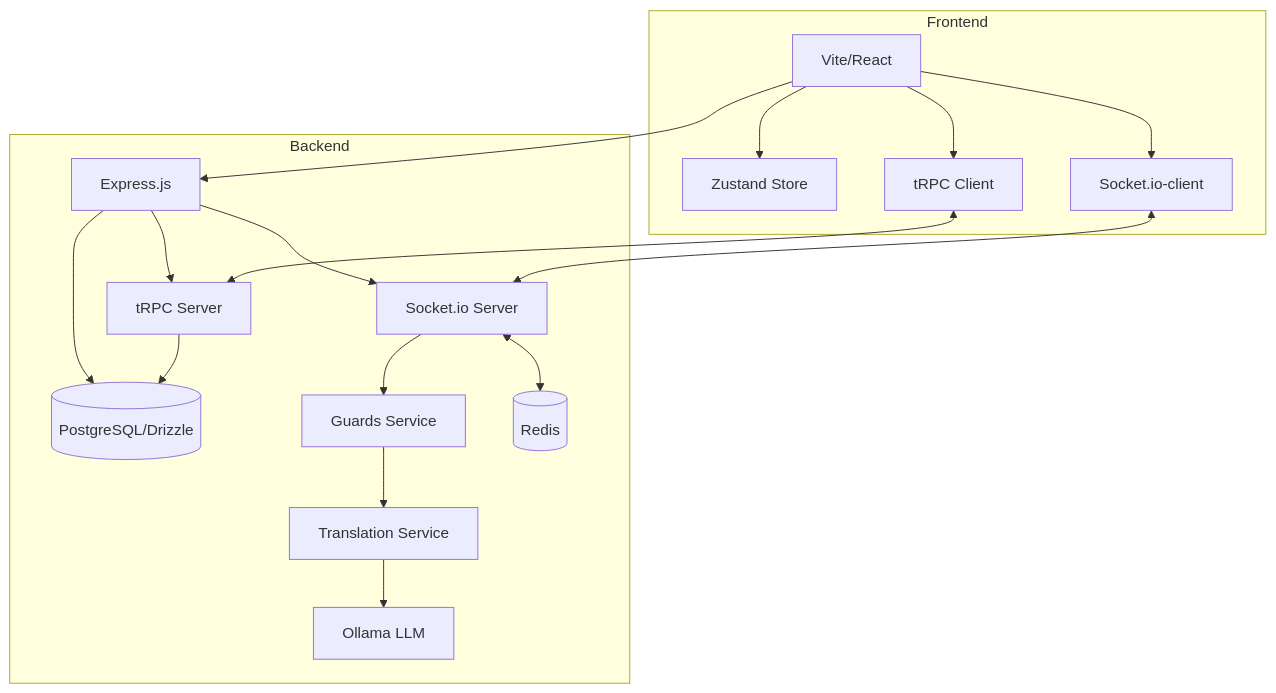
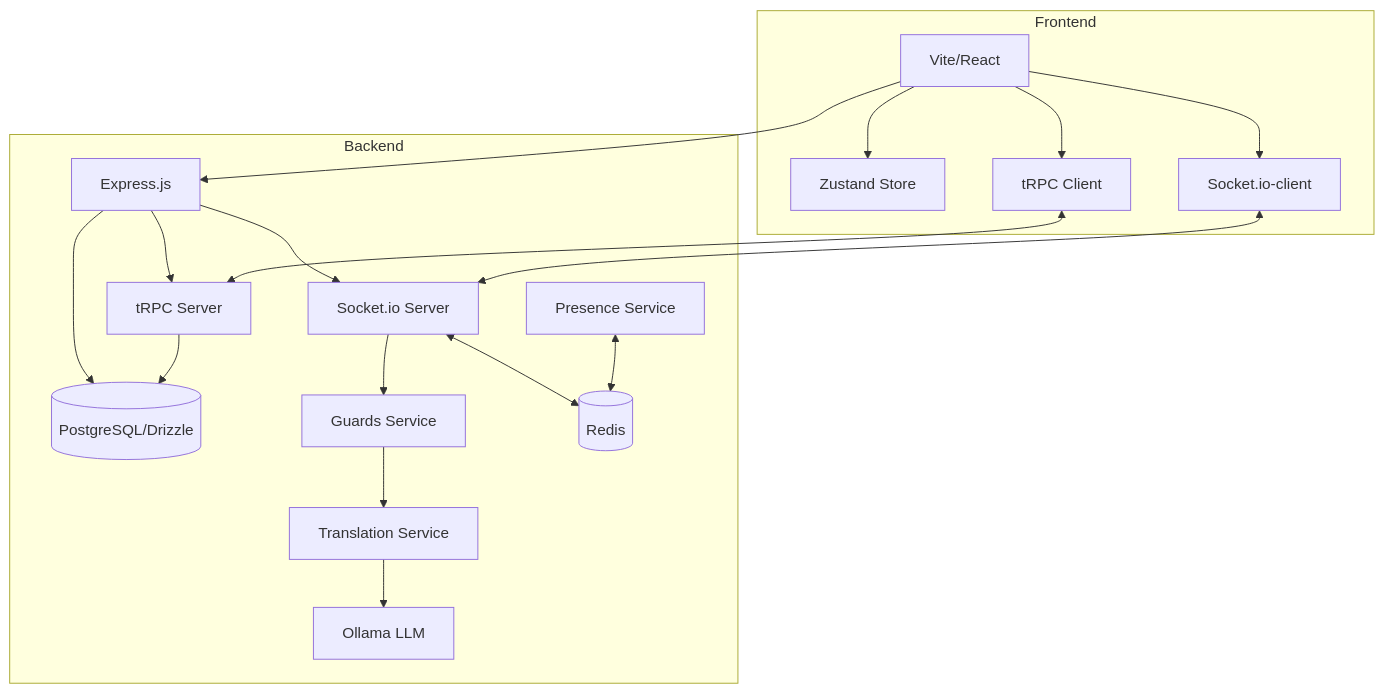
The first of 2 diagrams in docs/TECHNICAL.md (Nathanhael/guichet), drawn with Mermaid before and after one commit. The commit also changed other lines of this file and 6 other files, not shown here.

Commit message:
docs: finalize rebranding and multi-tenant architecture documentation

````diff
--- a/docs/TECHNICAL.md
+++ b/docs/TECHNICAL.md
@@ -11,23 +11,24 @@
 ```mermaid
 graph TD
     subgraph Frontend
         V[Vite/React] --> S[Zustand Store]
         V --> SC[Socket.io-client]
         V --> TC[tRPC Client]
     end
 
     subgraph Backend
         EX[Express.js] --> DB[(PostgreSQL/Drizzle)]
         EX --> TR[tRPC Server]
         EX --> SI[Socket.io Server]
         TR --> DB
         SI --> GS[Guards Service]
         GS --> TRN[Translation Service]
         TRN --> OL[Ollama LLM]
         SI <--> RD[(Redis)]
+        PS[Presence Service] <--> RD
     end
 
     SC <--> SI
     TC <--> TR
     V --> EX
 ```
````
